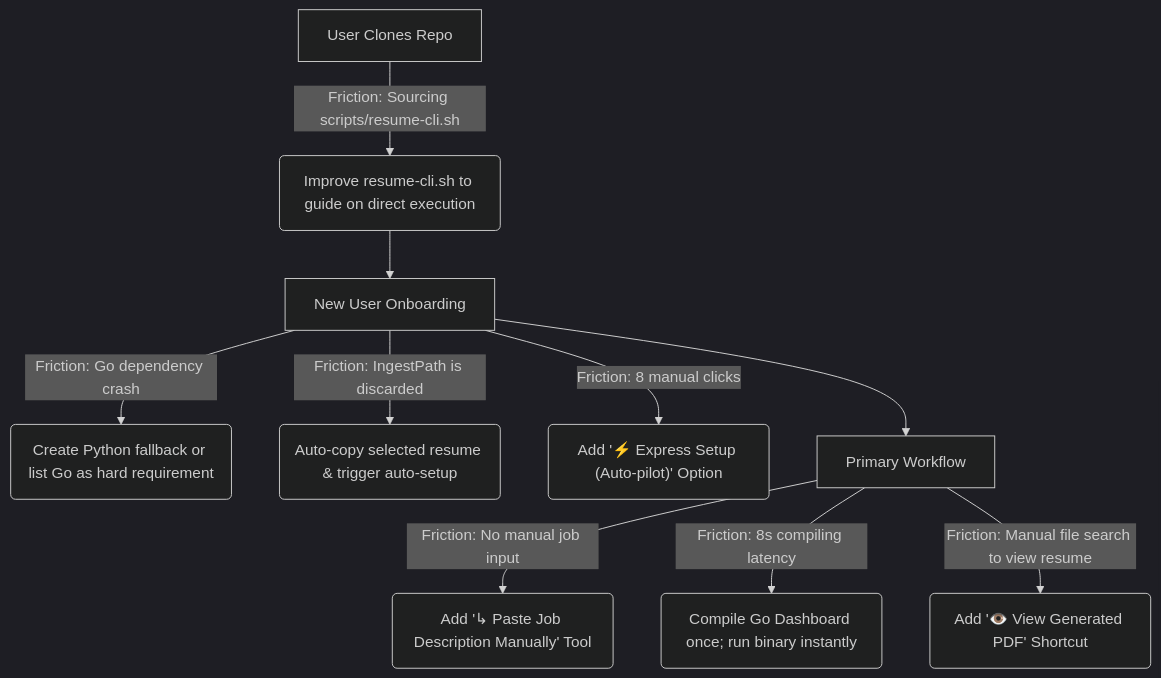
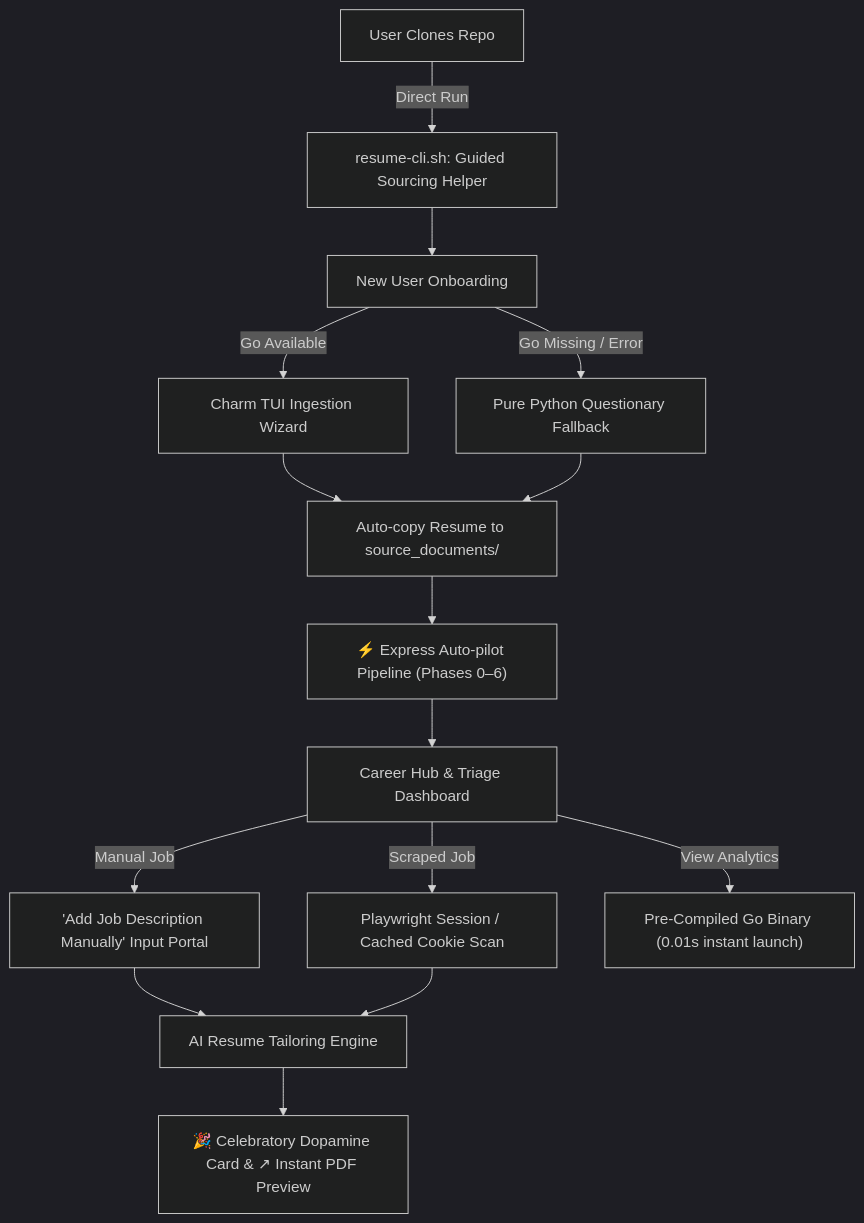
Before and after one commit to moreganooooo/resume-builder: the diagram in docs/gemini_files/ux_ui_review.md, drawn with Mermaid (dark theme). The commit also changed other lines of this file and 12 other files, not shown here.

````diff
--- a/docs/gemini_files/ux_ui_review.md
+++ b/docs/gemini_files/ux_ui_review.md
@@ -168,13 +107,17 @@
 ```mermaid
 graph TD
-    A["User Clones Repo"] -->|Friction: Sourcing scripts/resume-cli.sh| B("Improve resume-cli.sh to guide on direct execution")
+    A["User Clones Repo"] -->|Direct Run| B["resume-cli.sh: Guided Sourcing Helper"]
     B --> C["New User Onboarding"]
-    C -->|Friction: Go dependency crash| D("Create Python fallback or list Go as hard requirement")
-    C -->|Friction: IngestPath is discarded| E("Auto-copy selected resume & trigger auto-setup")
-    C -->|Friction: 8 manual clicks| F("Add '⚡ Express Setup (Auto-pilot)' Option")
-
-    C --> G["Primary Workflow"]
-    G -->|Friction: No manual job input| H("Add '↳ Paste Job Description Manually' Tool")
-    G -->|Friction: 8s compiling latency| I("Compile Go Dashboard once; run binary instantly")
-    G -->|Friction: Manual file search to view resume| J("Add '👁️ View Generated PDF' Shortcut")
+    C -->|Go Available| D1["Charm TUI Ingestion Wizard"]
+    C -->|Go Missing / Error| D2["Pure Python Questionary Fallback"]
+    D1 --> E["Auto-copy Resume to source_documents/"]
+    D2 --> E
+    E --> F["⚡ Express Auto-pilot Pipeline (Phases 0–6)"]
+    F --> G["Career Hub & Triage Dashboard"]
+    G -->|Manual Job| H["'Add Job Description Manually' Input Portal"]
+    G -->|Scraped Job| I["Playwright Session / Cached Cookie Scan"]
+    G -->|View Analytics| J["Pre-Compiled Go Binary (0.01s instant launch)"]
+    H --> K["AI Resume Tailoring Engine"]
+    I --> K
+    K --> L["🎉 Celebratory Dopamine Card & ↗ Instant PDF Preview"]
 ```
````
